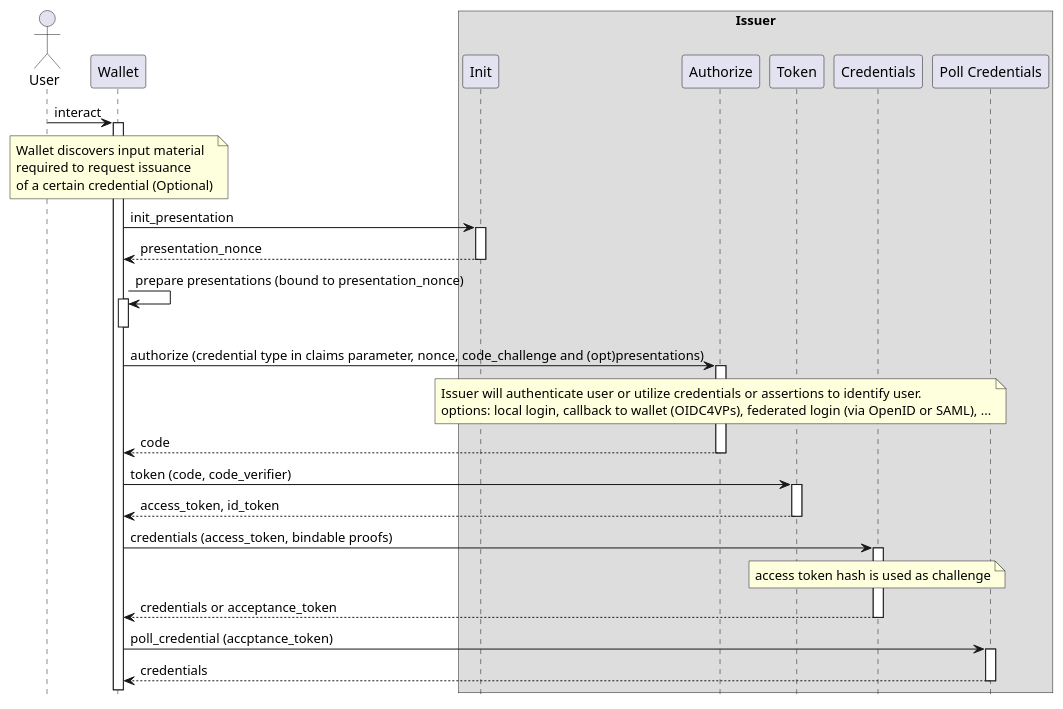
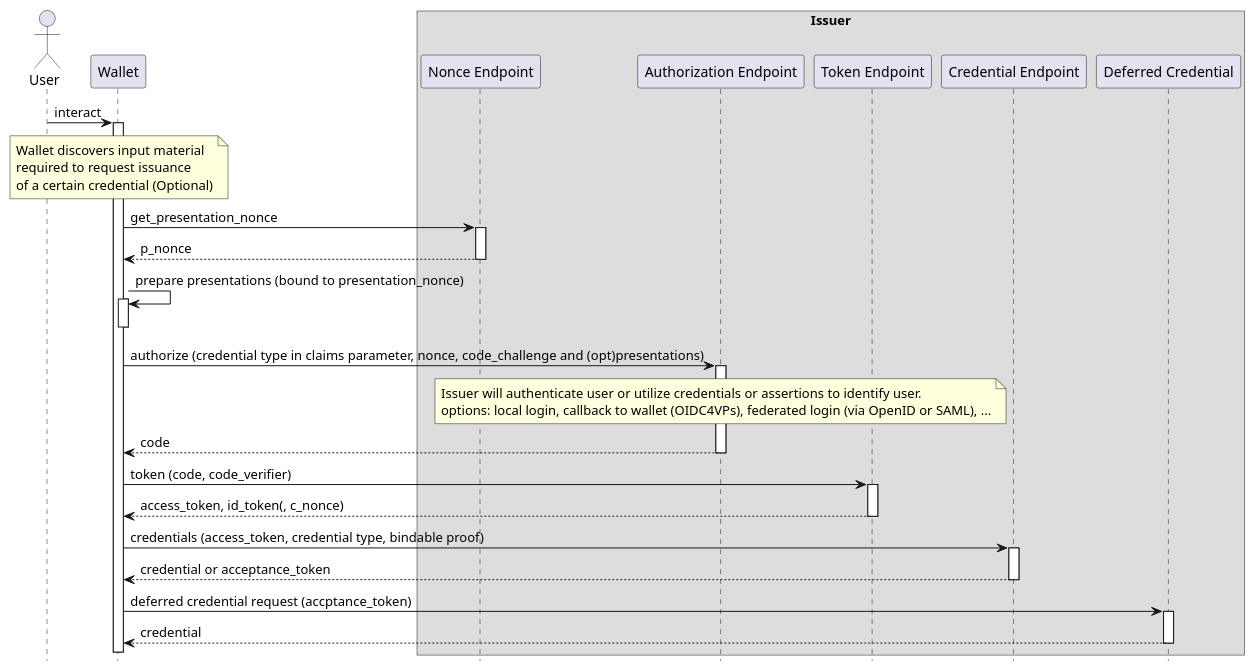
The diagram in overview simplified.puml (tlodderstedt/openid-connect-4-credential-issuance), drawn with PlantUML before and after one commit.

Commit message:
aligned with latest changes

```diff
--- a/overview simplified.puml
+++ b/overview simplified.puml
@@ -1,42 +1,40 @@
 @startuml
 
 actor User as U
 participant Wallet as W
 box Issuer
-participant "Init" as init
-participant "Authorize" as AS
-participant "Token" as T
-participant "Credentials" as P
-participant "Poll Credentials" as I
+participant "Nonce Endpoint" as init
+participant "Authorization Endpoint" as AS
+participant "Token Endpoint" as T
+participant "Credential Endpoint" as P
+participant "Deferred Credential" as I
 end box
 autoactivate on
 hide footbox
 
 U -> W: interact
 note over W: Wallet discovers input material\nrequired to request issuance\nof a certain credential (Optional)
 
-W -> init: init_presentation
-return presentation_nonce
+W -> init: get_presentation_nonce
+return p_nonce
 
 W -> W: prepare presentations (bound to presentation_nonce)
 deactivate W
 
 W -> AS: authorize (credential type in claims parameter, nonce, code_challenge and (opt)presentations)
 
 note over AS: Issuer will authenticate user or utilize credentials or assertions to identify user. \noptions: local login, callback to wallet (OIDC4VPs), federated login (via OpenID or SAML), ...
 
 return code
 
 W -> T: token (code, code_verifier)
-return access_token, id_token
+return access_token, id_token(, c_nonce)
 
-W->P: credentials (access_token, bindable proofs)
+W->P: credentials (access_token, credential type, bindable proof)
 
-note over P: access token hash is used as challenge
+return credential or acceptance_token
 
-return credentials or acceptance_token
-
-W->I: poll_credential (accptance_token)
-return credentials
+W->I: deferred credential request (accptance_token)
+return credential
 
 @enduml
```
